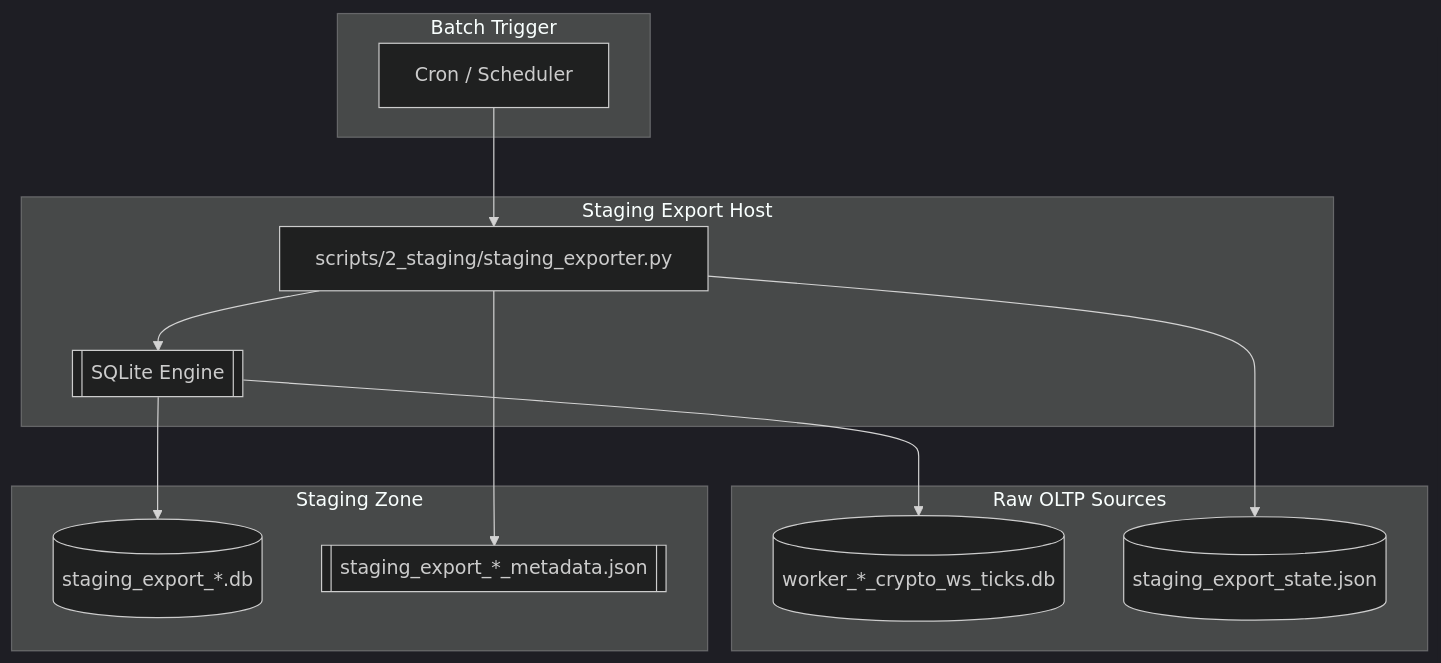
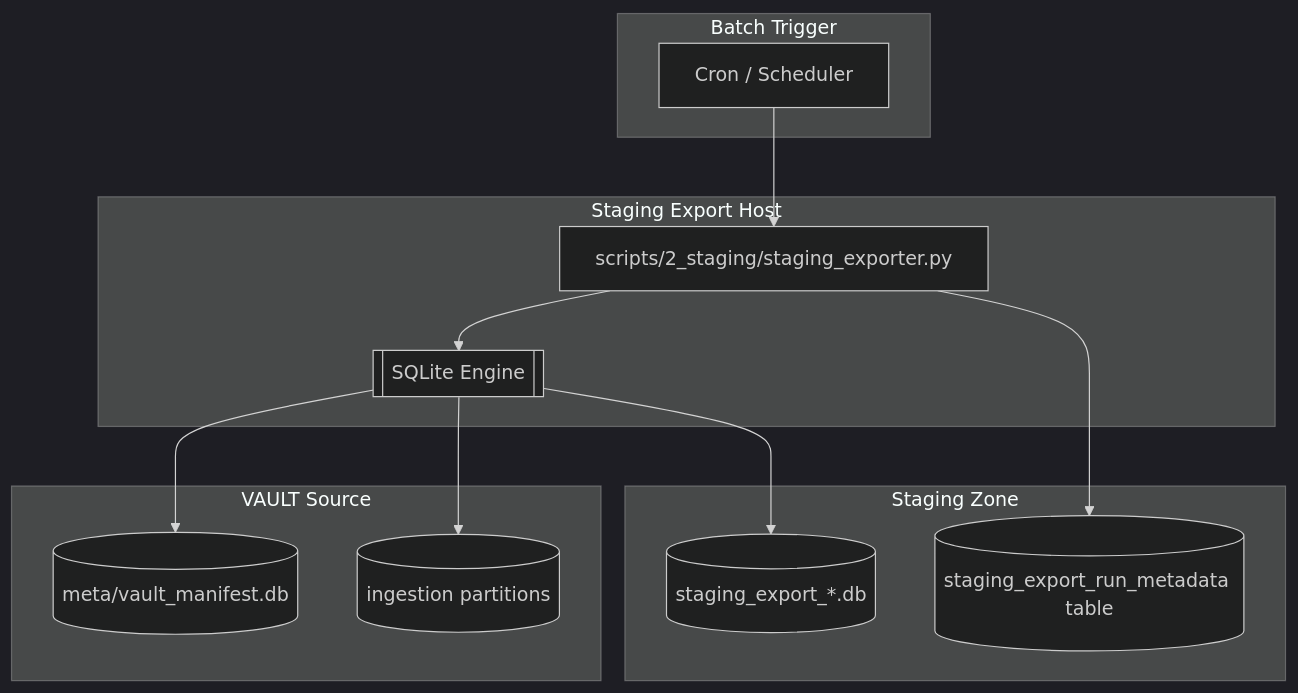
One commit to laiki/crypto_DWH changed the diagram in diagrams/2_staging/uml_deployment_staging_export.mmd. Above: the diagram before and after it, drawn with Mermaid (dark theme). The commit also changed 172 other files, not shown here.

Commit message:
implementation of the new architecture

```diff
--- a/diagrams/2_staging/uml_deployment_staging_export.mmd
+++ b/diagrams/2_staging/uml_deployment_staging_export.mmd
@@ -1,26 +1,26 @@
 flowchart TB
     subgraph JOB["Batch Trigger"]
         CRON[Cron / Scheduler]
     end
 
     subgraph HOST["Staging Export Host"]
         EXP[scripts/2_staging/staging_exporter.py]
         SQL[[SQLite Engine]]
     end
 
-    subgraph OLTP["Raw OLTP Sources"]
-        WDB[(worker_*_crypto_ws_ticks.db)]
-        STATE[(staging_export_state.json)]
+    subgraph VAULT["VAULT Source"]
+        MAN[(meta/vault_manifest.db)]
+        PART[(ingestion partitions)]
     end
 
     subgraph STG["Staging Zone"]
         SDB[(staging_export_*.db)]
-        META[[staging_export_*_metadata.json]]
+        META[(staging_export_run_metadata table)]
     end
 
     CRON --> EXP
     EXP --> SQL
-    SQL --> WDB
-    EXP --> STATE
+    SQL --> MAN
+    SQL --> PART
     SQL --> SDB
     EXP --> META
```
